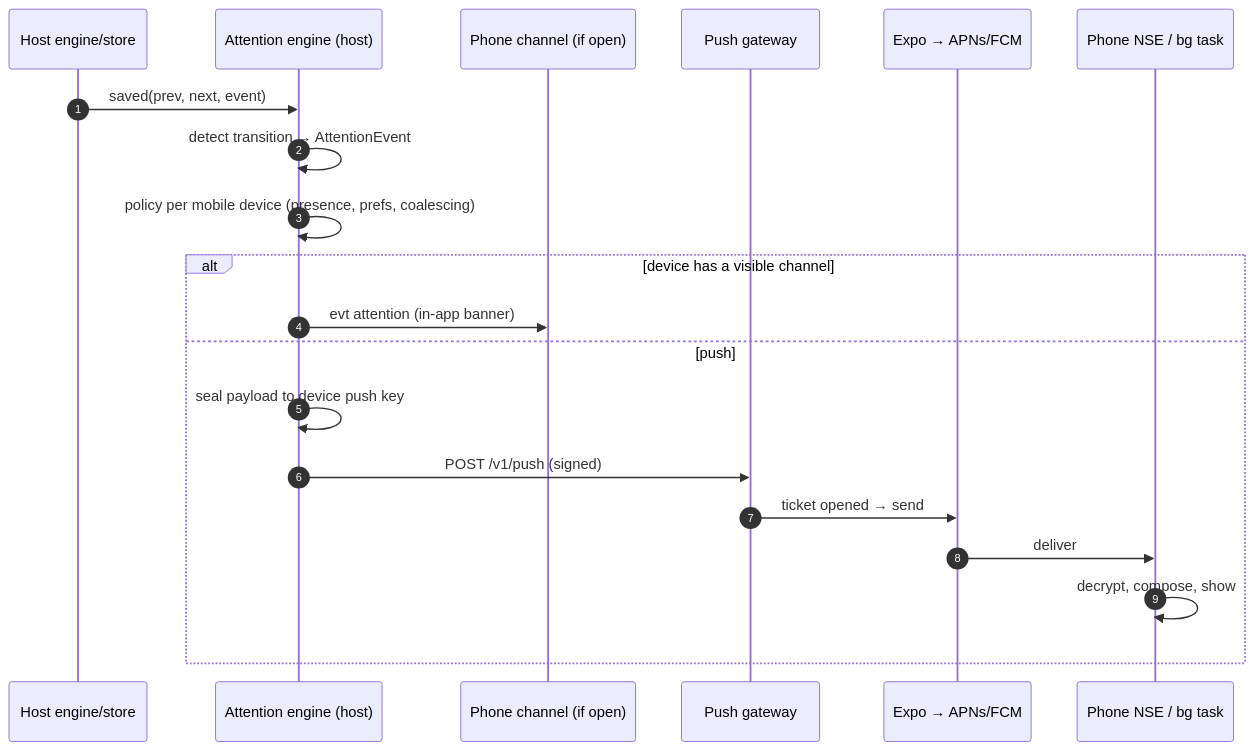
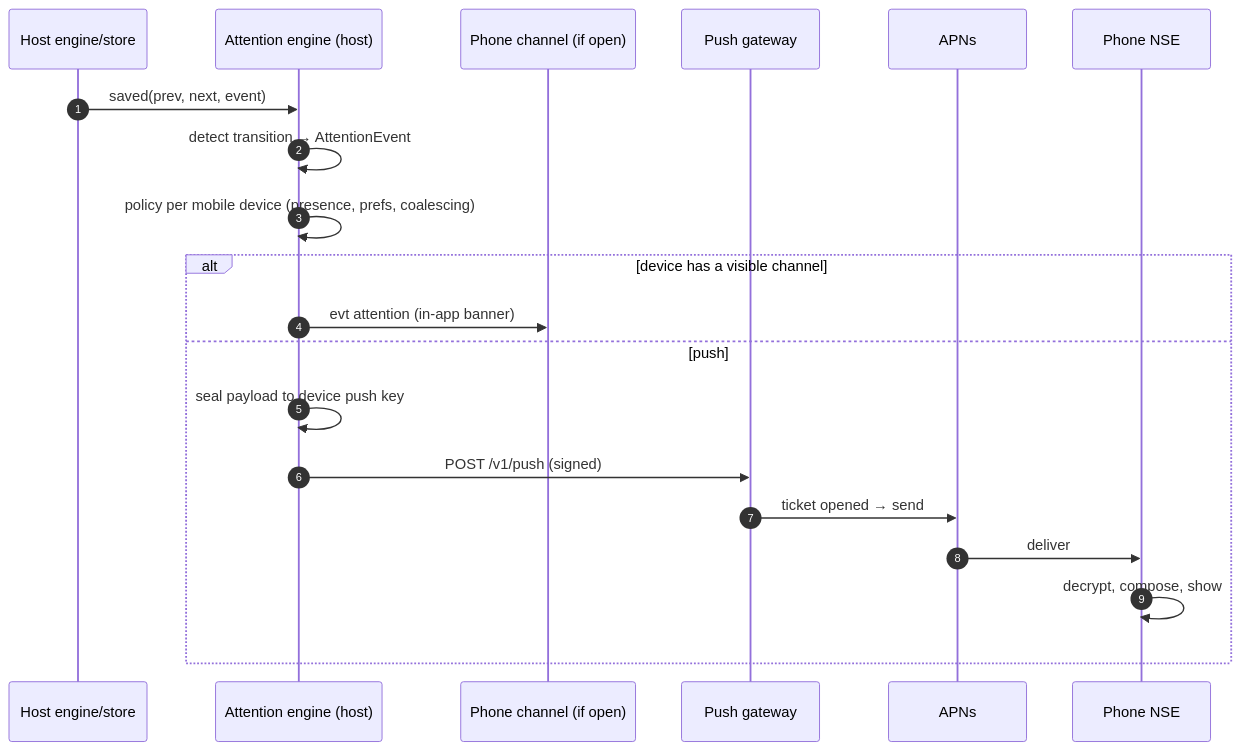
Before and after one commit to caisergan/monocode: the diagram in docs/mobile/08-notifications.md, drawn with Mermaid. The commit also changed other lines of this file and 13 other files, not shown here.

````diff
--- a/docs/mobile/08-notifications.md
+++ b/docs/mobile/08-notifications.md
@@ -5,22 +5,22 @@
 ```mermaid
 sequenceDiagram
   autonumber
   participant E as Host engine/store
   participant A as Attention engine (host)
   participant C as Phone channel (if open)
   participant G as Push gateway
-  participant X as Expo → APNs/FCM
-  participant N as Phone NSE / bg task
+  participant X as APNs
+  participant N as Phone NSE
   E->>A: saved(prev, next, event)
   A->>A: detect transition → AttentionEvent
   A->>A: policy per mobile device (presence, prefs, coalescing)
   alt device has a visible channel
     A->>C: evt attention (in-app banner)
   else push
     A->>A: seal payload to device push key
     A->>G: POST /v1/push (signed)
     G->>X: ticket opened → send
     X->>N: deliver
     N->>N: decrypt, compose, show
   end
 ```
````
